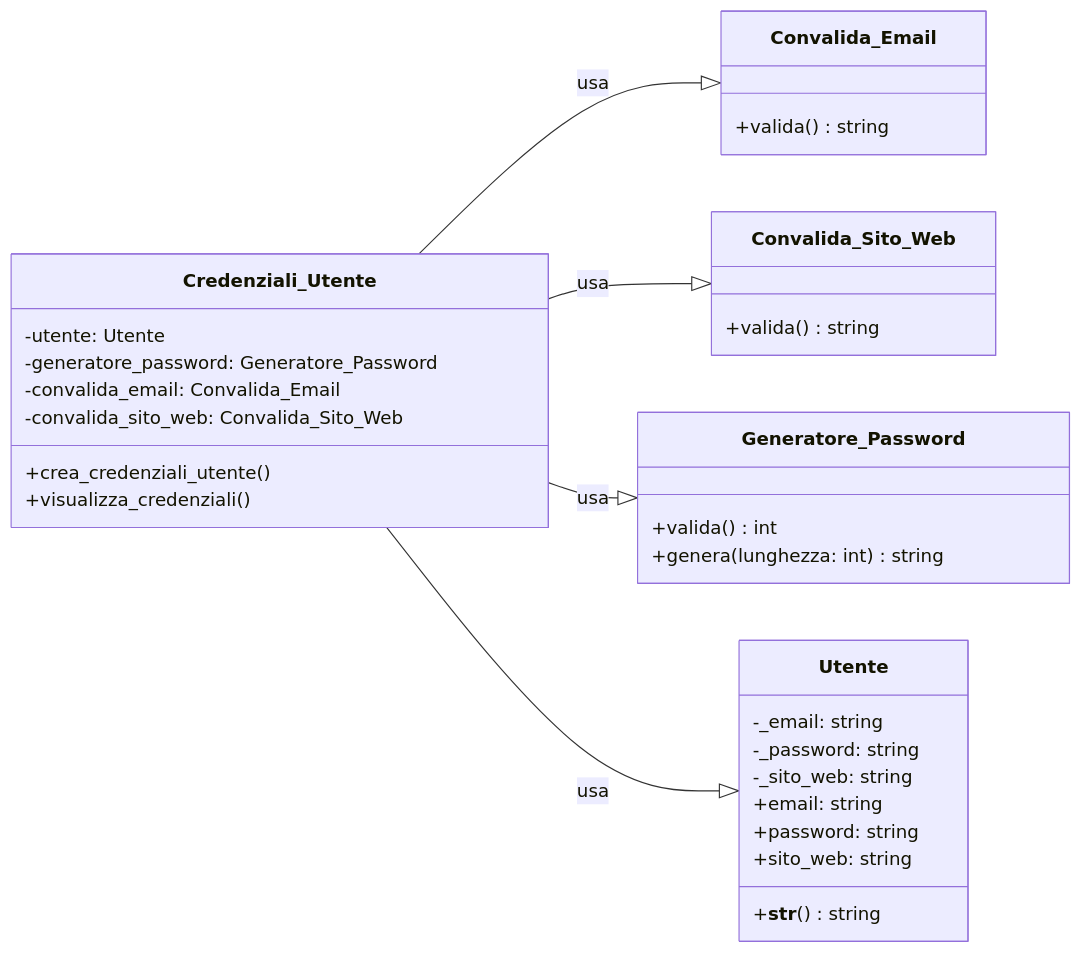
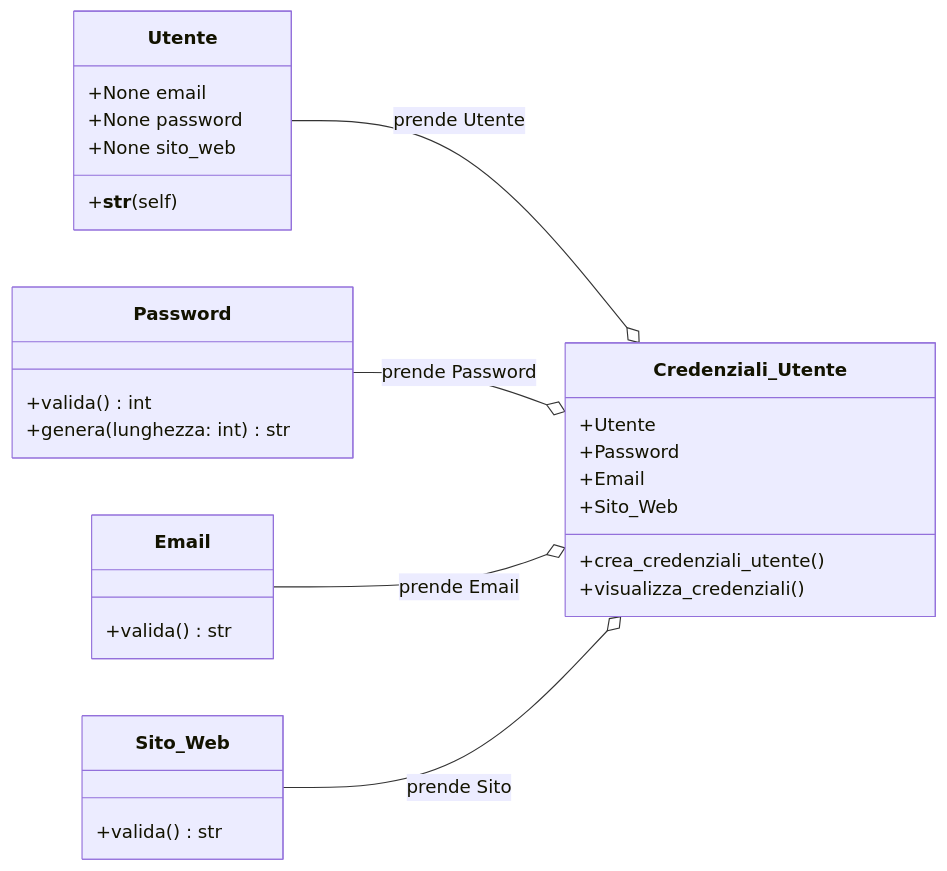
Before and after one commit to KamilIbragimov/Progetto_Galo_Di_Natale: the diagram in README.md, drawn with Mermaid. The commit also changed 1 other file, not shown here.

Commit message:
fix mermaid,code

````diff
--- a/README.md
+++ b/README.md
@@ -34,43 +34,44 @@
-```mermaid
-                                
+```mermaid           
 classDiagram
     direction RL
 
-    class Convalida_Email {
-        +valida() string
+    class Email {
+        +valida() str
     }
 
-    class Convalida_Sito_Web {
-        +valida() string
+    class Sito_Web {
+        +valida() str
     }
 
     class Utente {
-        -_email: string
-        -_password: string
-        -_sito_web: string
-        +email: string
-        +password: string
-        +sito_web: string
-        +__str__() string
+        +None email
+        +None password
+        +None sito_web
+        +__str__(self)
     }
 
-    class Generatore_Password {
+    class Password {
         +valida() int
-        +genera(lunghezza: int) string
+        +genera(lunghezza: int) str
     }
 
     class Credenziali_Utente {
-        -utente: Utente
-        -generatore_password: Generatore_Password
-        -convalida_email: Convalida_Email
-        -convalida_sito_web: Convalida_Sito_Web
+        
         +crea_credenziali_utente()
         +visualizza_credenziali()
     }
-    Convalida_Email <|-- Credenziali_Utente : usa
-    Convalida_Sito_Web <|-- Credenziali_Utente : usa
-    Generatore_Password <|-- Credenziali_Utente : usa
-    Utente <|-- Credenziali_Utente : usa
+    
+    %% Creazione degli oggetti all'interno di Credenziali_Utente
+    Credenziali_Utente : +Utente
+    Credenziali_Utente : +Password
+    Credenziali_Utente : +Email
+    Credenziali_Utente : +Sito_Web
+
+    %% Relazioni tra le classi e gli oggetti
+    Credenziali_Utente o-- Utente : prende Utente
+    Credenziali_Utente o-- Password : prende Password
+    Credenziali_Utente o-- Email : prende Email
+    Credenziali_Utente o-- Sito_Web : prende Sito
     
 
 ```
````
